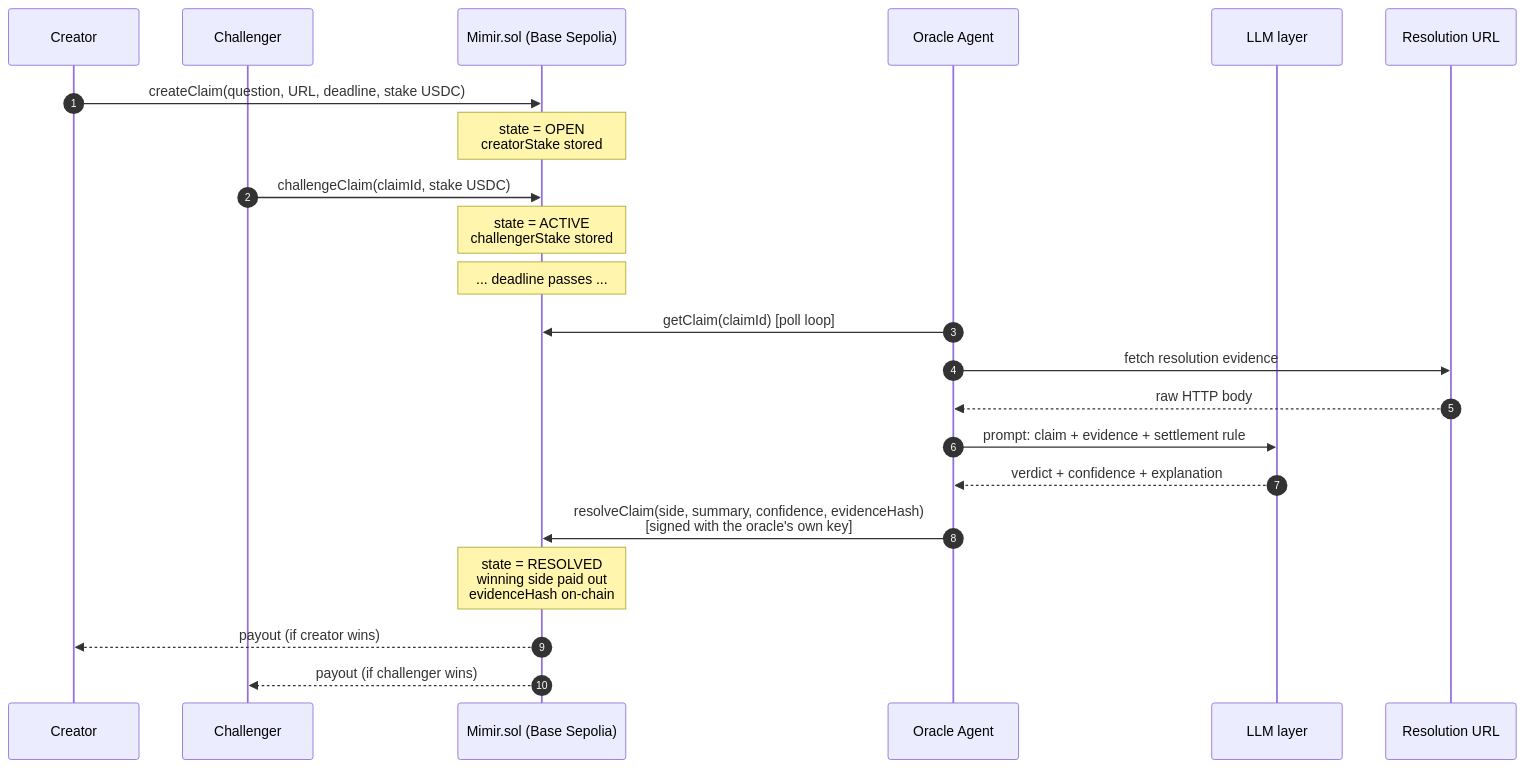
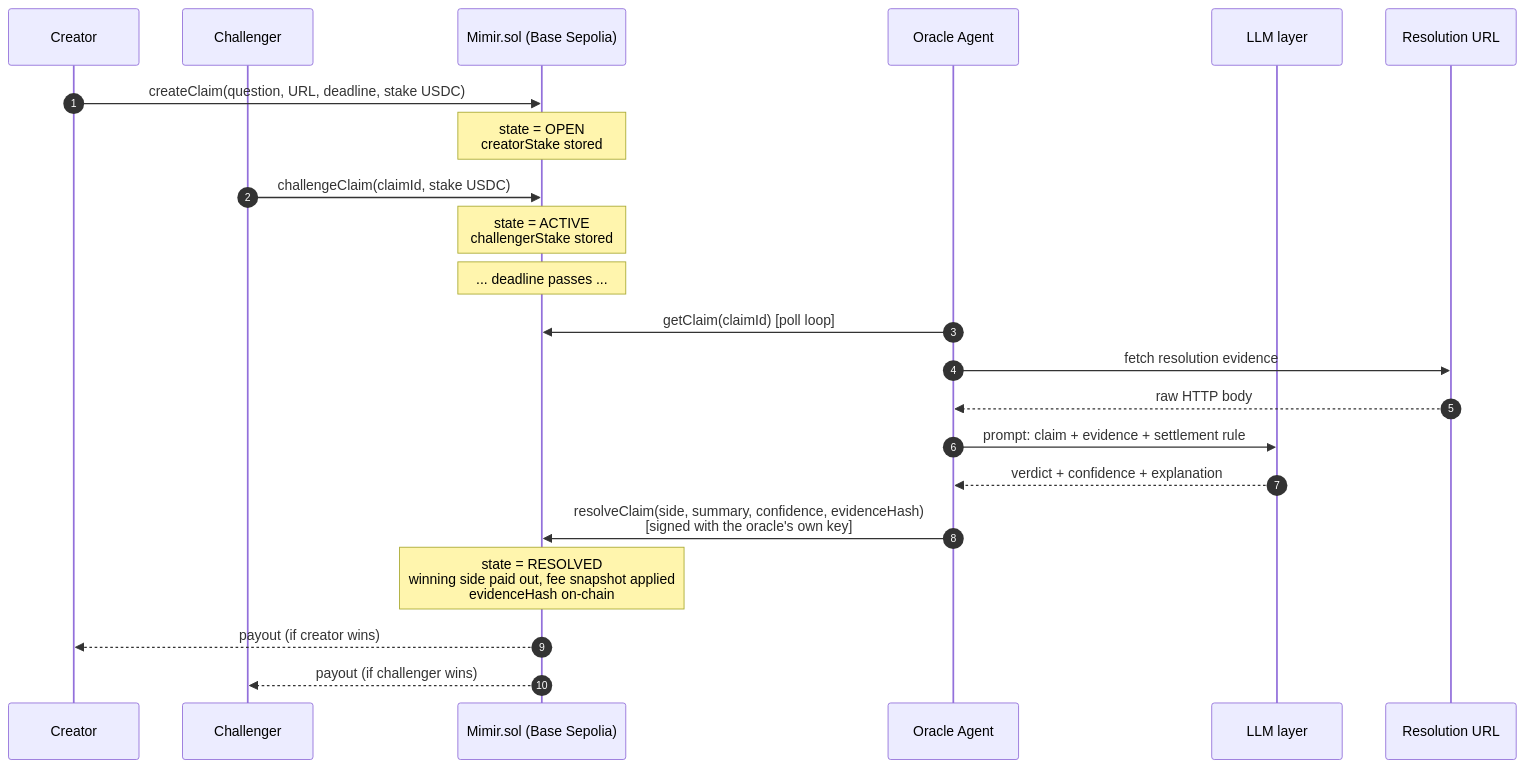
Before and after one commit to enliven17/mimir-base: the third of 14 diagrams in README.md, drawn with Mermaid. The commit also changed other lines of this file and 10 other files, not shown here.

````diff
--- a/README.md
+++ b/README.md
@@ -197,29 +180,29 @@
 ```mermaid
 sequenceDiagram
     autonumber
     participant Creator
     participant Challenger
     participant Contract as Mimir.sol (Base Sepolia)
     participant Oracle as Oracle Agent
     participant LLM as LLM layer
     participant Source as Resolution URL
 
     Creator->>Contract: createClaim(question, URL, deadline, stake USDC)
     Note over Contract: state = OPEN<br/>creatorStake stored
     Challenger->>Contract: challengeClaim(claimId, stake USDC)
     Note over Contract: state = ACTIVE<br/>challengerStake stored
 
     Note over Contract: ... deadline passes ...
 
     Oracle->>Contract: getClaim(claimId) [poll loop]
     Oracle->>Source: fetch resolution evidence
     Source-->>Oracle: raw HTTP body
     Oracle->>LLM: prompt: claim + evidence + settlement rule
     LLM-->>Oracle: verdict + confidence + explanation
 
     Oracle->>Contract: resolveClaim(side, summary, confidence, evidenceHash)<br/>[signed with the oracle's own key]
 
-    Note over Contract: state = RESOLVED<br/>winning side paid out<br/>evidenceHash on-chain
+    Note over Contract: state = RESOLVED<br/>winning side paid out, fee snapshot applied<br/>evidenceHash on-chain
     Contract-->>Creator: payout (if creator wins)
     Contract-->>Challenger: payout (if challenger wins)
 ```
````
